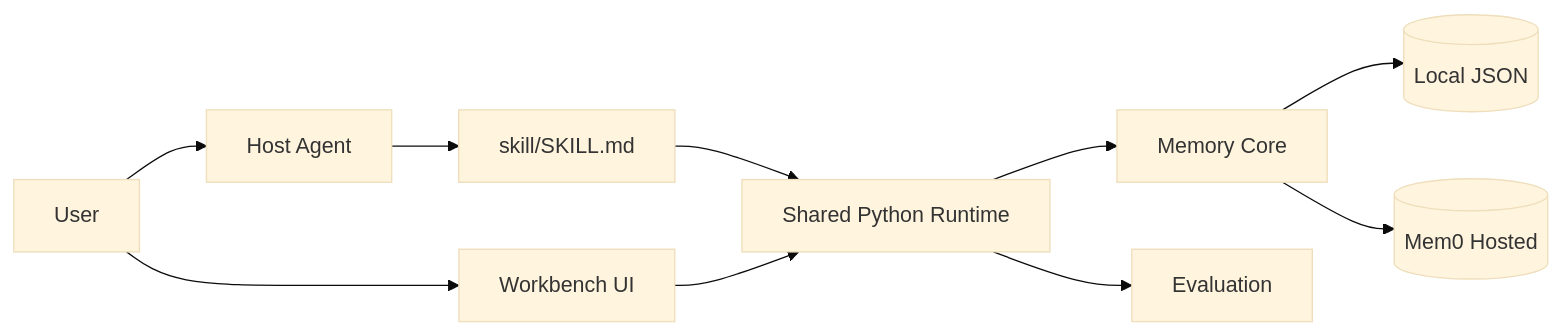
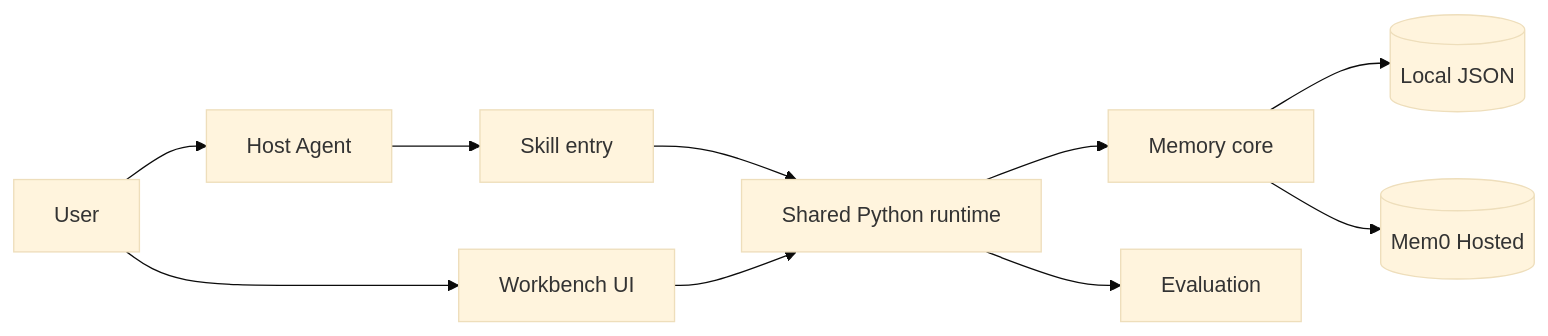
One commit to SUMMERVIVIAN4U/Assist-Everything-BetterAndBetter-skill changed the first of 3 diagrams in README.md. Above: the diagram before and after it, drawn with Mermaid (base theme). The commit also changed other lines of this file, not shown here.

Commit message:
Fix GitHub Mermaid rendering in README

````diff
--- a/README.md
+++ b/README.md
@@ -45,13 +45,13 @@
 ```mermaid
 flowchart LR
-  User[User] --> Host[Host Agent]
-  Host --> Skill[skill/SKILL.md]
-  Skill --> Runtime[Shared Python Runtime]
-  Runtime --> Memory[Memory Core]
-  Memory --> Local[(Local JSON)]
-  Memory --> Mem0[(Mem0 Hosted)]
+  User["User"] --> Host["Host Agent"]
+  Host --> Skill["Skill entry"]
+  Skill --> Runtime["Shared Python runtime"]
+  Runtime --> Memory["Memory core"]
+  Memory --> Local[("Local JSON")]
+  Memory --> Mem0[("Mem0 Hosted")]
 
-  User --> Workbench[Workbench UI]
+  User --> Workbench["Workbench UI"]
   Workbench --> Runtime
-  Runtime --> Eval[Evaluation]
+  Runtime --> Eval["Evaluation"]
 ```
````
